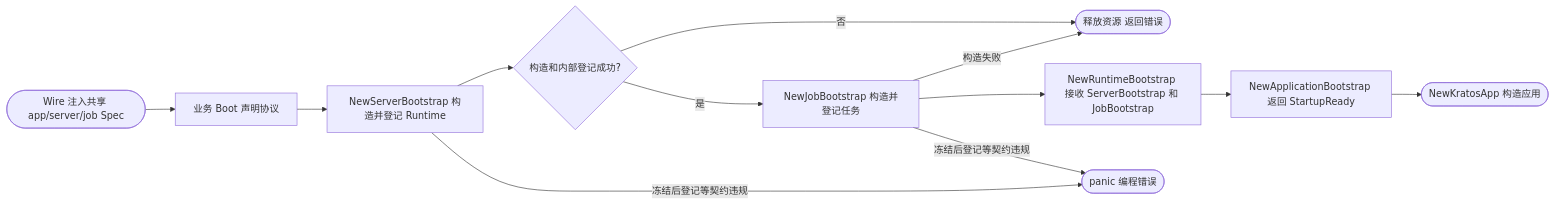
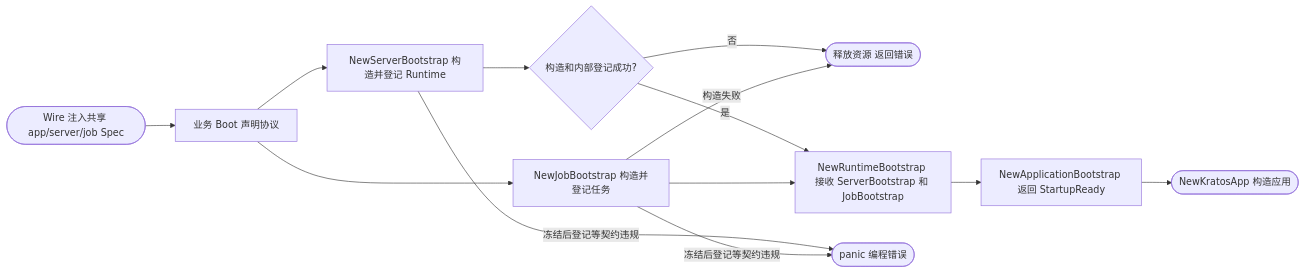
Before and after one commit to jaggerzhuang1994/kratos-foundation: the second of 11 diagrams in pkg/server/README.md, drawn with Mermaid. The commit also changed other lines of this file and 204 other files, not shown here.

````diff
--- a/pkg/server/README.md
+++ b/pkg/server/README.md
@@ -54,14 +54,15 @@
 ```mermaid
 flowchart LR
  A([Wire 注入共享 app/server/job Spec]) --> A1[业务 Boot 声明协议]
  A1 --> B[NewServerBootstrap 构造并登记 Runtime]
  B --> C{构造和内部登记成功?}
  C -- 否 --> D([释放资源 返回错误])
- C -- 是 --> J[NewJobBootstrap 构造并登记任务]
+ A1 --> J[NewJobBootstrap 构造并登记任务]
+ C -- 是 --> G
  J -- 构造失败 --> D
  J --> G[NewRuntimeBootstrap 接收 ServerBootstrap 和 JobBootstrap]
  B -- 冻结后登记等契约违规 --> P([panic 编程错误])
  J -- 冻结后登记等契约违规 --> P
  G --> E[NewApplicationBootstrap 返回 StartupReady]
  E --> F([NewKratosApp 构造应用])
 ```
````
